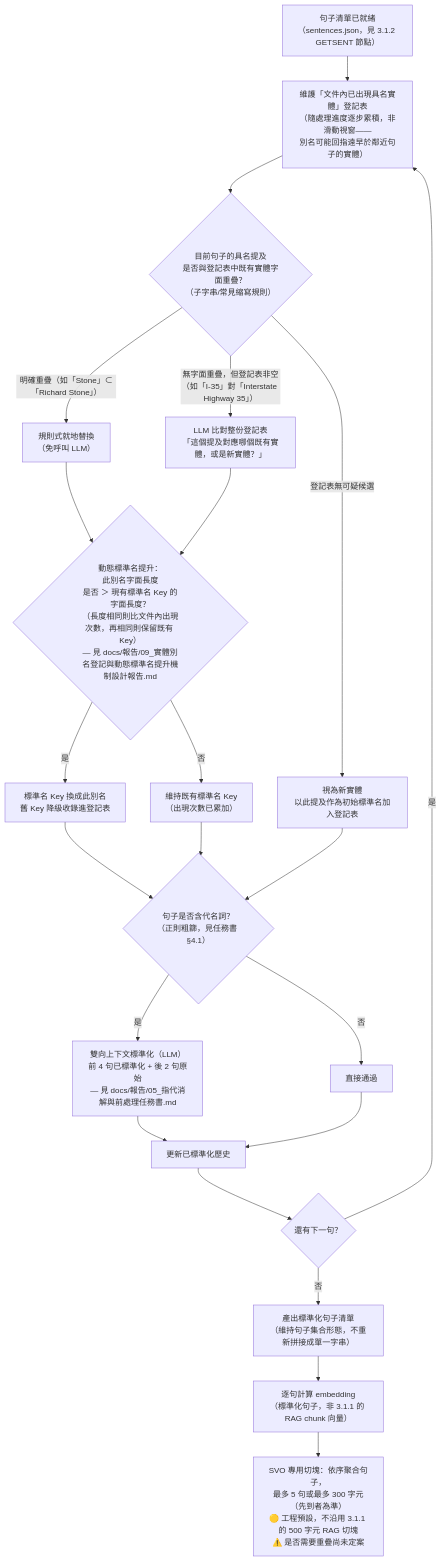
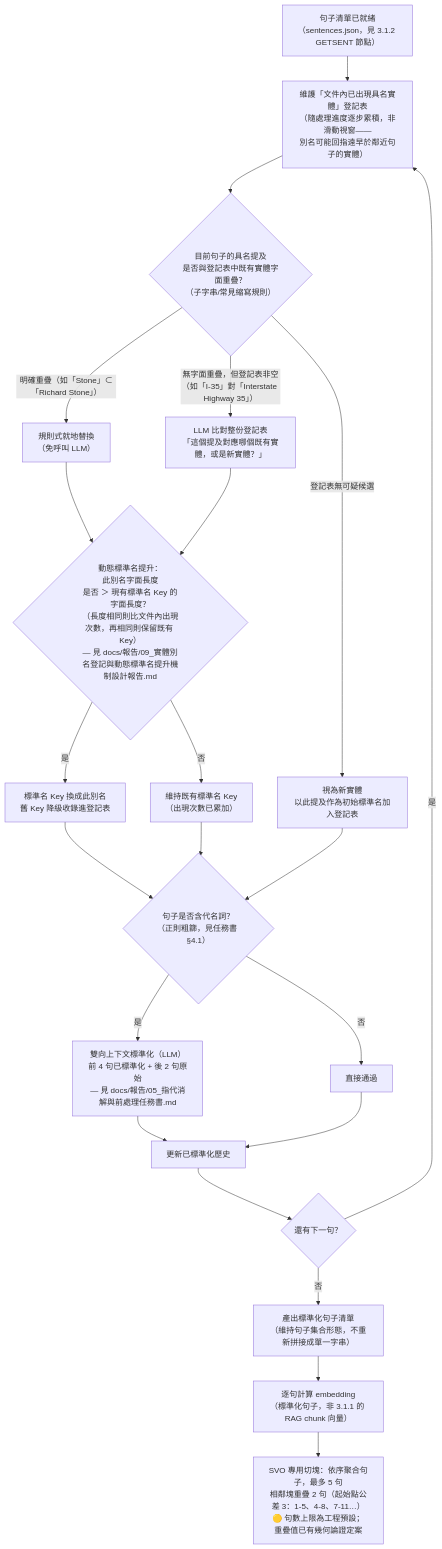
Before and after one commit to Chester930/world-knowledge-graph-rag: the ninth of 12 diagrams in docs/論文/03_系統設計與方法論.md, drawn with Mermaid. The commit also changed other lines of this file and 11 other files, not shown here.

````diff
--- a/docs/論文/03_系統設計與方法論.md
+++ b/docs/論文/03_系統設計與方法論.md
@@ -330,31 +334,31 @@
 ```mermaid
 flowchart TD
     RAW["句子清單已就緒<br/>（sentences.json，見 3.1.2 GETSENT 節點）"] --> REGISTRY["維護「文件內已出現具名實體」登記表<br/>（隨處理進度逐步累積，非滑動視窗——<br/>別名可能回指遠早於鄰近句子的實體）"]
 
     REGISTRY --> ALIASCHECK{"目前句子的具名提及<br/>是否與登記表中既有實體字面重疊？<br/>（子字串/常見縮寫規則）"}
     ALIASCHECK -->|"明確重疊（如「Stone」⊂「Richard Stone」）"| ALIASRULE["規則式就地替換<br/>（免呼叫 LLM）"]
     ALIASCHECK -->|"無字面重疊，但登記表非空<br/>（如「I-35」對「Interstate Highway 35」）"| ALIASLLM["LLM 比對整份登記表<br/>「這個提及對應哪個既有實體，或是新實體？」"]
     ALIASCHECK -->|"登記表無可疑候選"| NEWENT["視為新實體<br/>以此提及作為初始標準名加入登記表"]
 
     ALIASRULE --> PROMOTE
     ALIASLLM --> PROMOTE
     PROMOTE{"動態標準名提升：<br/>此別名字面長度<br/>是否 ＞ 現有標準名 Key 的字面長度？<br/>（長度相同則比文件內出現次數，再相同則保留既有 Key）<br/>— 見 docs/報告/09_實體別名登記與動態標準名提升機制設計報告.md"}
     PROMOTE -->|是| SWAPKEY["標準名 Key 換成此別名<br/>舊 Key 降級收錄進登記表"]
     PROMOTE -->|否| KEEPKEY["維持既有標準名 Key<br/>（出現次數已累加）"]
 
     SWAPKEY --> PRONCHECK
     KEEPKEY --> PRONCHECK
     NEWENT --> PRONCHECK
 
     PRONCHECK{"句子是否含代名詞？<br/>（正則粗篩，見任務書 §4.1）"}
     PRONCHECK -->|是| PRONLLM["雙向上下文標準化（LLM）<br/>前 4 句已標準化 + 後 2 句原始<br/>— 見 docs/報告/05_指代消解與前處理任務書.md"]
     PRONCHECK -->|否| BYPASS["直接通過"]
 
     PRONLLM --> UPDATE["更新已標準化歷史"]
     BYPASS --> UPDATE
     UPDATE --> NEXT2{"還有下一句？"}
     NEXT2 -->|是| REGISTRY
     NEXT2 -->|否| STDSENTS["產出標準化句子清單<br/>（維持句子集合形態，不重新拼接成單一字串）"]
     STDSENTS --> SENTEMBED["逐句計算 embedding<br/>（標準化句子，非 3.1.1 的 RAG chunk 向量）"]
-    SENTEMBED --> SVOGROUP["SVO 專用切塊：依序聚合句子，<br/>最多 5 句或最多 300 字元（先到者為準）<br/>🟡 工程預設，不沿用 3.1.1 的 500 字元 RAG 切塊<br/>⚠️ 是否需要重疊尚未定案"]
+    SENTEMBED --> SVOGROUP["SVO 專用切塊：依序聚合句子，最多 5 句<br/>相鄰塊重疊 2 句（起始點公差 3：1-5、4-8、7-11…）<br/>🟡 句數上限為工程預設；重疊值已有幾何論證定案"]
 ```
````
